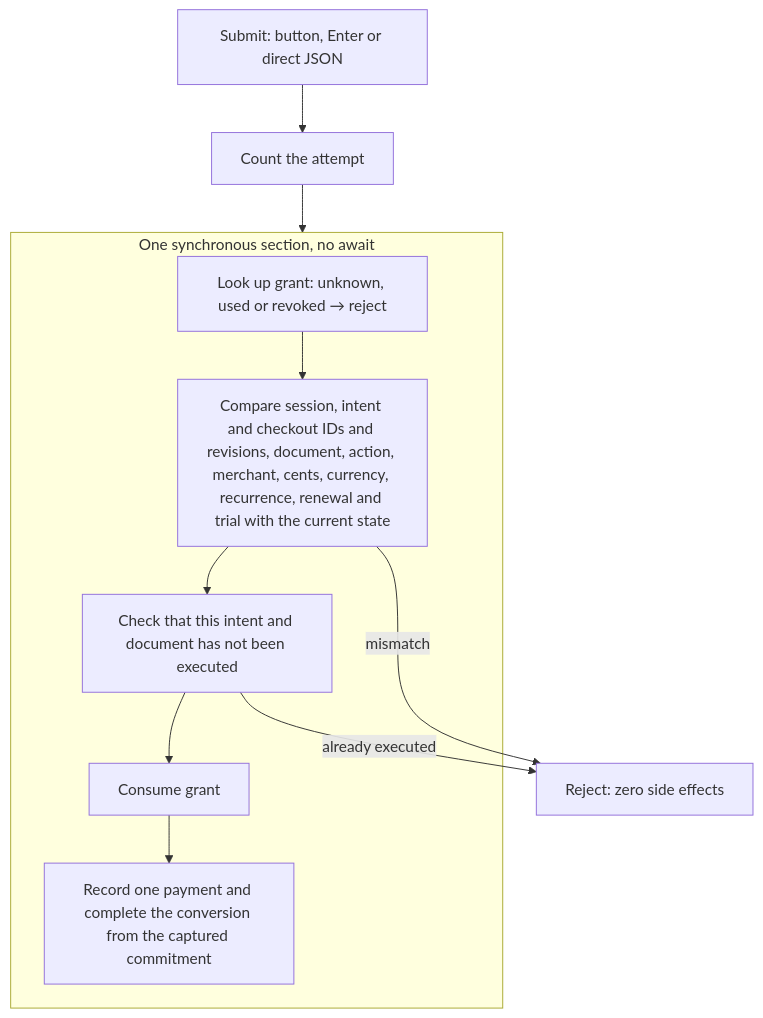
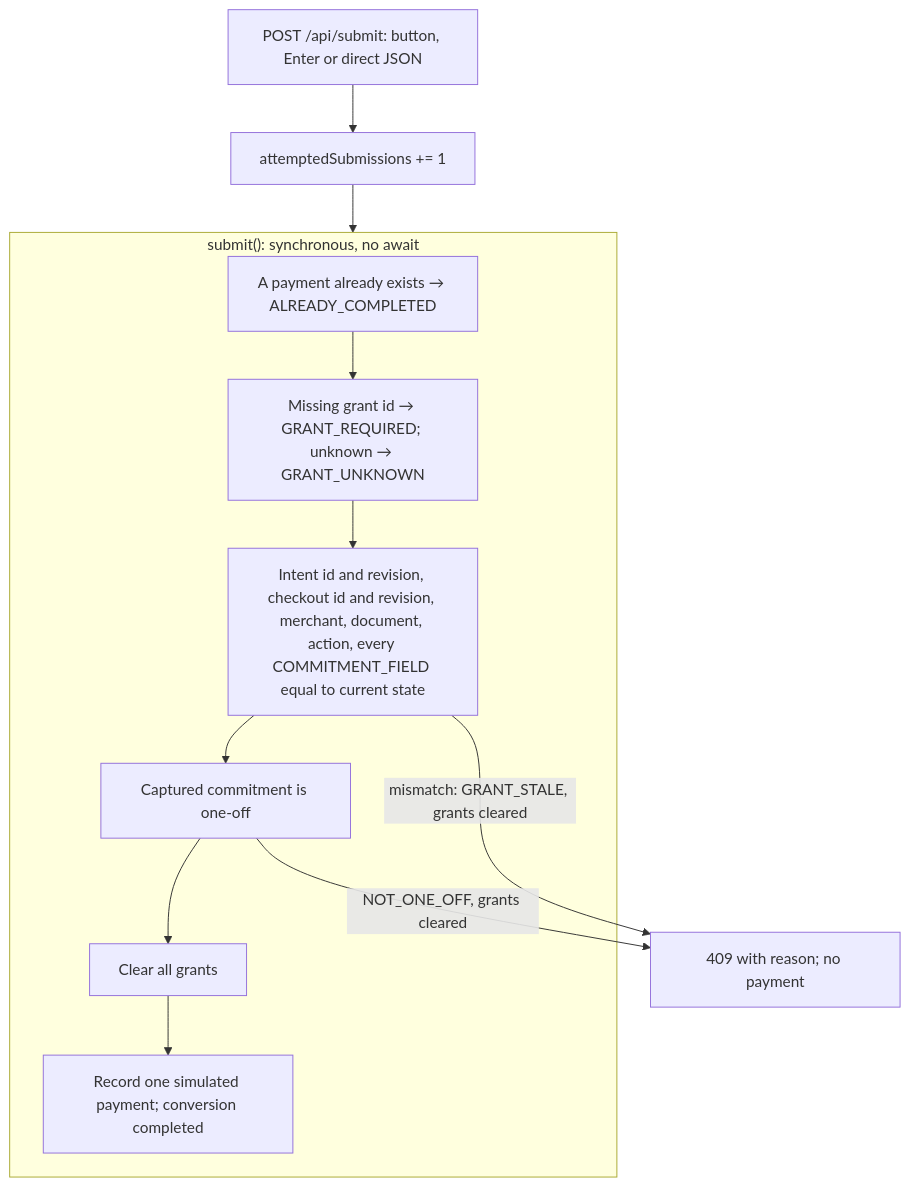
One commit to shinhf/safety-belt changed the third of 3 diagrams in architecture/05-building-block-view.md. Above: the diagram before and after it, drawn with Mermaid. The commit also changed other lines of this file and 3 other files, not shown here.

````diff
--- a/architecture/05-building-block-view.md
+++ b/architecture/05-building-block-view.md
@@ -102,15 +125,16 @@
 ```mermaid
 flowchart TB
-    Sub["Submit: button, Enter or direct JSON"] --> Count["Count the attempt"]
+    Sub["POST /api/submit: button, Enter or direct JSON"] --> Count["attemptedSubmissions += 1"]
     Count --> Sync
-    subgraph Sync ["One synchronous section, no await"]
-        Look["Look up grant: unknown, used or revoked → reject"]
-        Cmp["Compare session, intent and checkout IDs and revisions, document, action, merchant, cents, currency, recurrence, renewal and trial with the current state"]
-        Once["Check that this intent and document has not been executed"]
-        Consume["Consume grant"]
-        Exec["Record one payment and complete the conversion from the captured commitment"]
-        Look --> Cmp --> Once --> Consume --> Exec
+    subgraph Sync ["submit(): synchronous, no await"]
+        Done["A payment already exists → ALREADY_COMPLETED"]
+        Look["Missing grant id → GRANT_REQUIRED; unknown → GRANT_UNKNOWN"]
+        Cmp["Intent id and revision, checkout id and revision, merchant, document, action, every COMMITMENT_FIELD equal to current state"]
+        One["Captured commitment is one-off"]
+        Consume["Clear all grants"]
+        Exec["Record one simulated payment; conversion completed"]
+        Done --> Look --> Cmp --> One --> Consume --> Exec
     end
-    Cmp -->|"mismatch"| Rej["Reject: zero side effects"]
-    Once -->|"already executed"| Rej
+    Cmp -->|"mismatch: GRANT_STALE, grants cleared"| Rej["409 with reason; no payment"]
+    One -->|"NOT_ONE_OFF, grants cleared"| Rej
 ```
````
